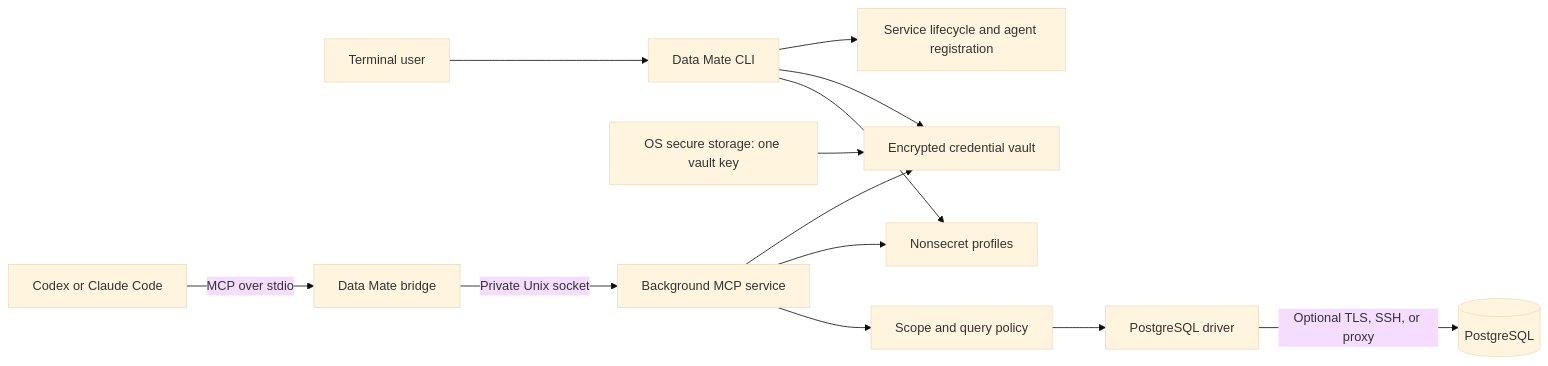
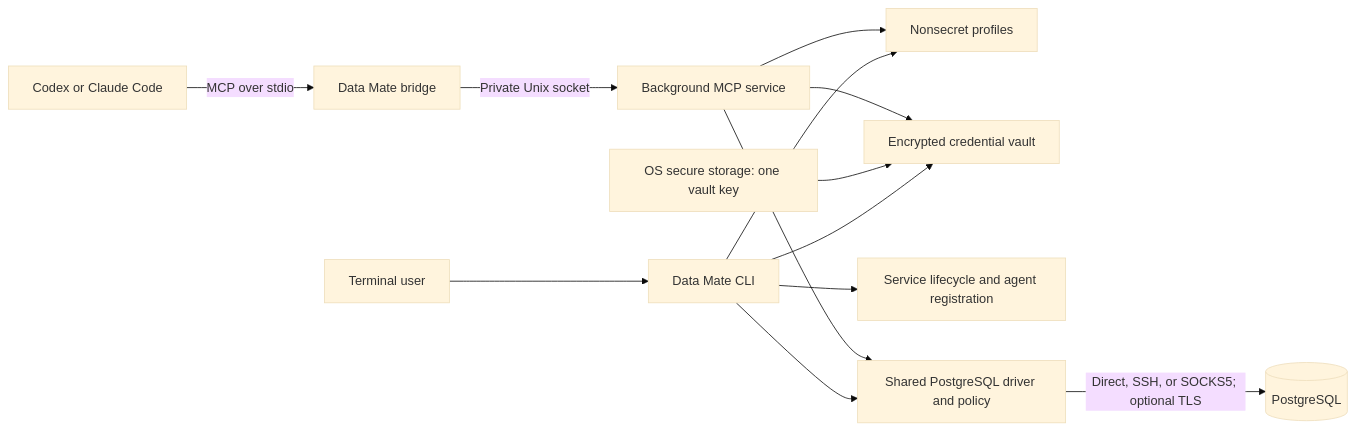
One commit to swqa7697/data-mate changed the diagram in specs/DESIGN.md. Above: the diagram before and after it, drawn with Mermaid (base theme). The commit also changed other lines of this file and 1 other file, not shown here.

````diff
--- a/specs/DESIGN.md
+++ b/specs/DESIGN.md
@@ -32,15 +23,15 @@
 ```mermaid
 flowchart LR
     User[Terminal user] --> CLI[Data Mate CLI]
     CLI --> Config[Nonsecret profiles]
     CLI --> Vault[Encrypted credential vault]
     CLI --> Lifecycle[Service lifecycle and agent registration]
+    CLI --> Driver[Shared PostgreSQL driver and policy]
     Keychain[OS secure storage: one vault key] --> Vault
     Agent[Codex or Claude Code] -->|MCP over stdio| Bridge[Data Mate bridge]
     Bridge -->|Private Unix socket| Service[Background MCP service]
-    Service --> Policy[Scope and query policy]
     Service --> Config
     Service --> Vault
-    Policy --> Driver[PostgreSQL driver]
-    Driver -->|Optional TLS, SSH, or proxy| DB[(PostgreSQL)]
+    Service --> Driver
+    Driver -->|Direct, SSH, or SOCKS5; optional TLS| DB[(PostgreSQL)]
 ```
````
